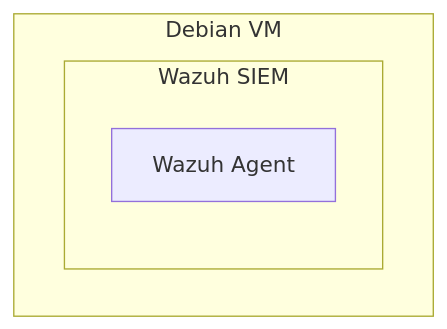
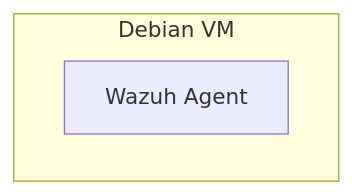
The second of 2 diagrams in docs/setup.md (sgelhaus/Wazuh), drawn with Mermaid before and after one commit.

Commit message:
remove diagram box

````diff
--- a/docs/setup.md
+++ b/docs/setup.md
@@ -43,10 +43,6 @@
 ```mermaid
 flowchart TB
-
     subgraph VM["Debian VM"]
-        
-        subgraph Wazuh["Wazuh SIEM"]
-            A["Wazuh Agent"]
-        end
+        A["Wazuh Agent"]
     end
 ```
````
